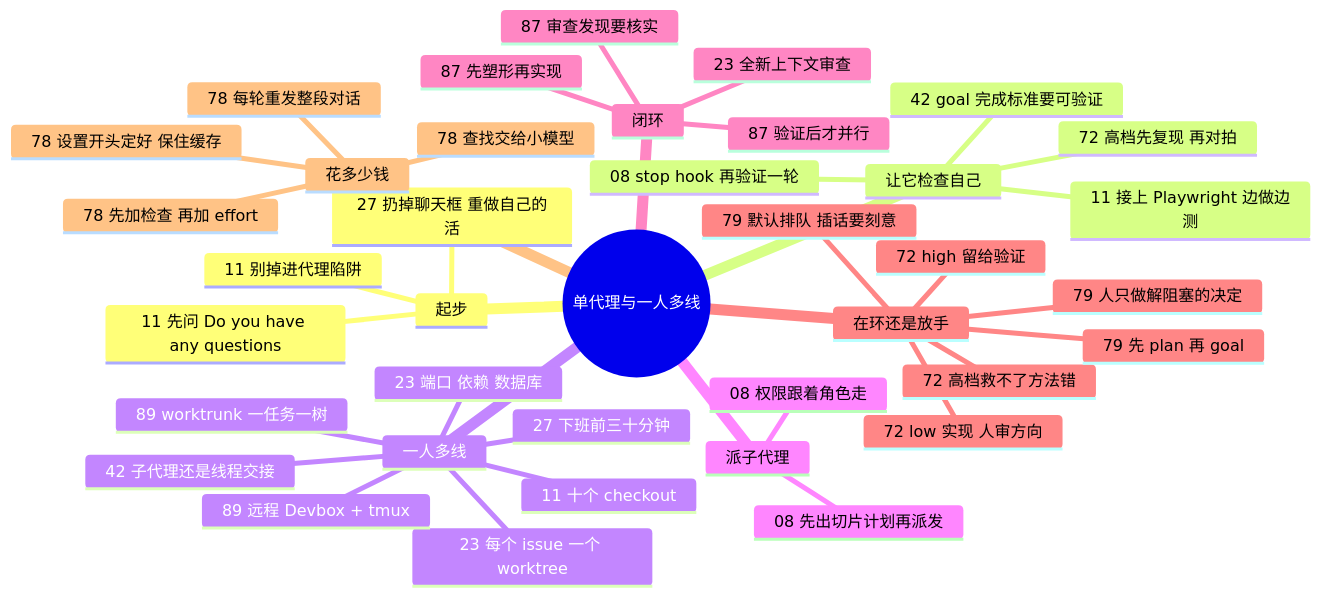
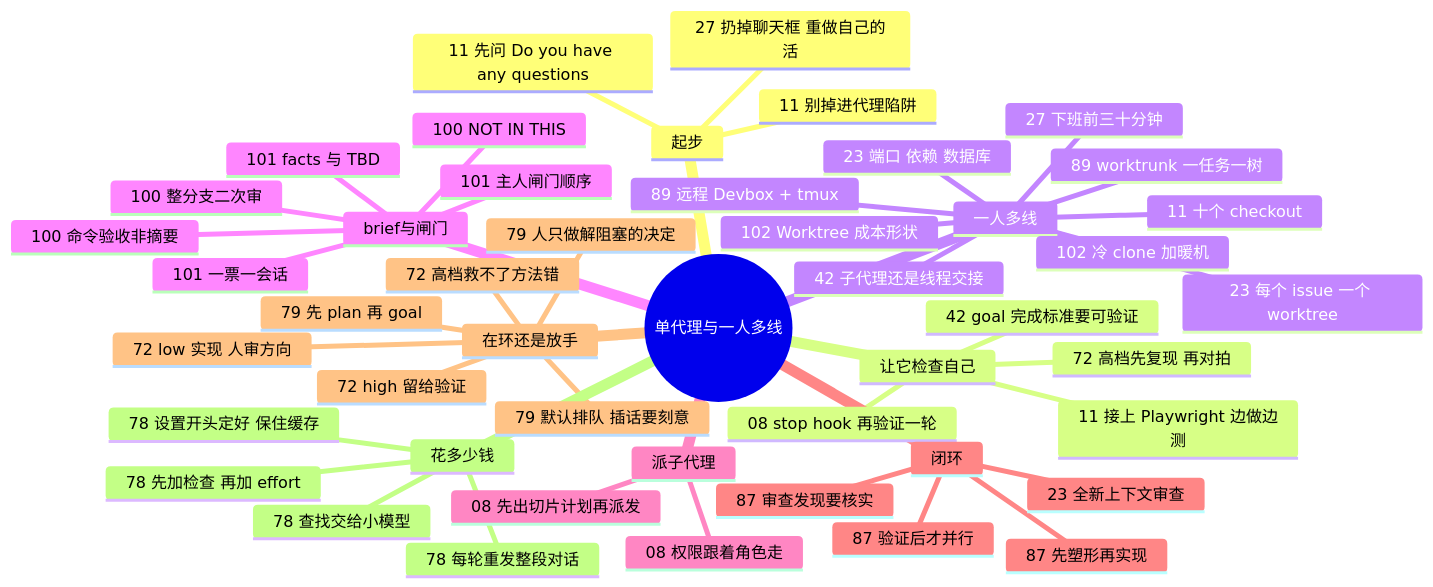
One commit to yzw7489757/ai-coding-videos changed the diagram in docs/guide/solo.md. Above: the diagram before and after it, drawn with Mermaid. The commit also changed other lines of this file and 11 other files, not shown here.

````diff
--- a/docs/guide/solo.md
+++ b/docs/guide/solo.md
@@ -15,41 +15,50 @@
 ```mermaid
 mindmap
   root((单代理与一人多线))
     起步
       27 扔掉聊天框 重做自己的活
       11 先问 Do you have any questions
       11 别掉进代理陷阱
     让它检查自己
       11 接上 Playwright 边做边测
       42 goal 完成标准要可验证
       08 stop hook 再验证一轮
       72 高档先复现 再对拍
     一人多线
       11 十个 checkout
       23 每个 issue 一个 worktree
       23 端口 依赖 数据库
+      102 Worktree 成本形状
+      102 冷 clone 加暖机
       89 远程 Devbox + tmux
       89 worktrunk 一任务一树
       27 下班前三十分钟
       42 子代理还是线程交接
+    brief与闸门
+      100 NOT IN THIS
+      100 命令验收非摘要
+      100 整分支二次审
+      101 主人闸门顺序
+      101 facts 与 TBD
+      101 一票一会话
     派子代理
       08 先出切片计划再派发
       08 权限跟着角色走
     闭环
       87 先塑形再实现
       87 验证后才并行
       87 审查发现要核实
       23 全新上下文审查
     在环还是放手
       72 low 实现 人审方向
       72 high 留给验证
       72 高档救不了方法错
       79 人只做解阻塞的决定
       79 默认排队 插话要刻意
       79 先 plan 再 goal
     花多少钱
       78 每轮重发整段对话
       78 先加检查 再加 effort
       78 查找交给小模型
       78 设置开头定好 保住缓存
 ```
````
